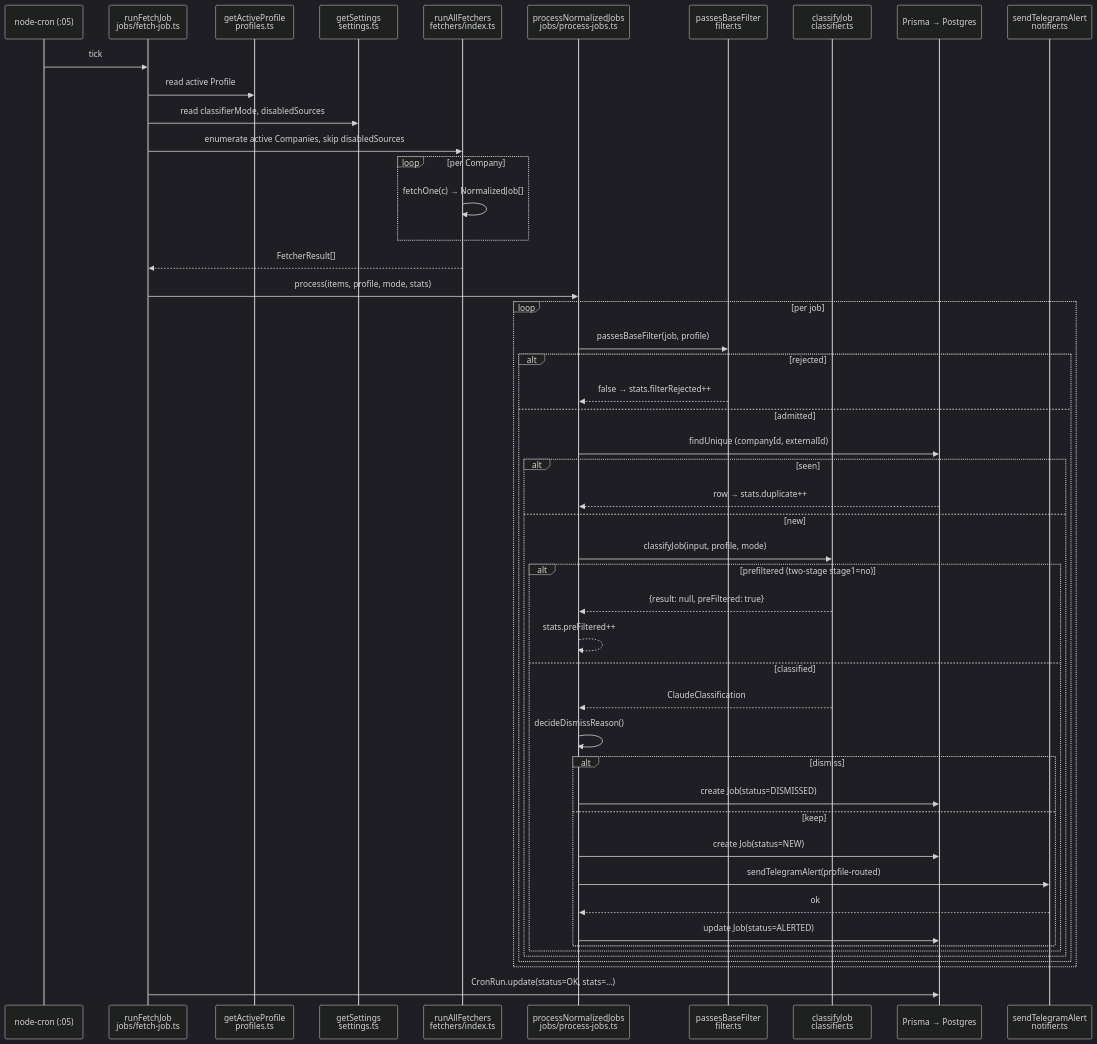
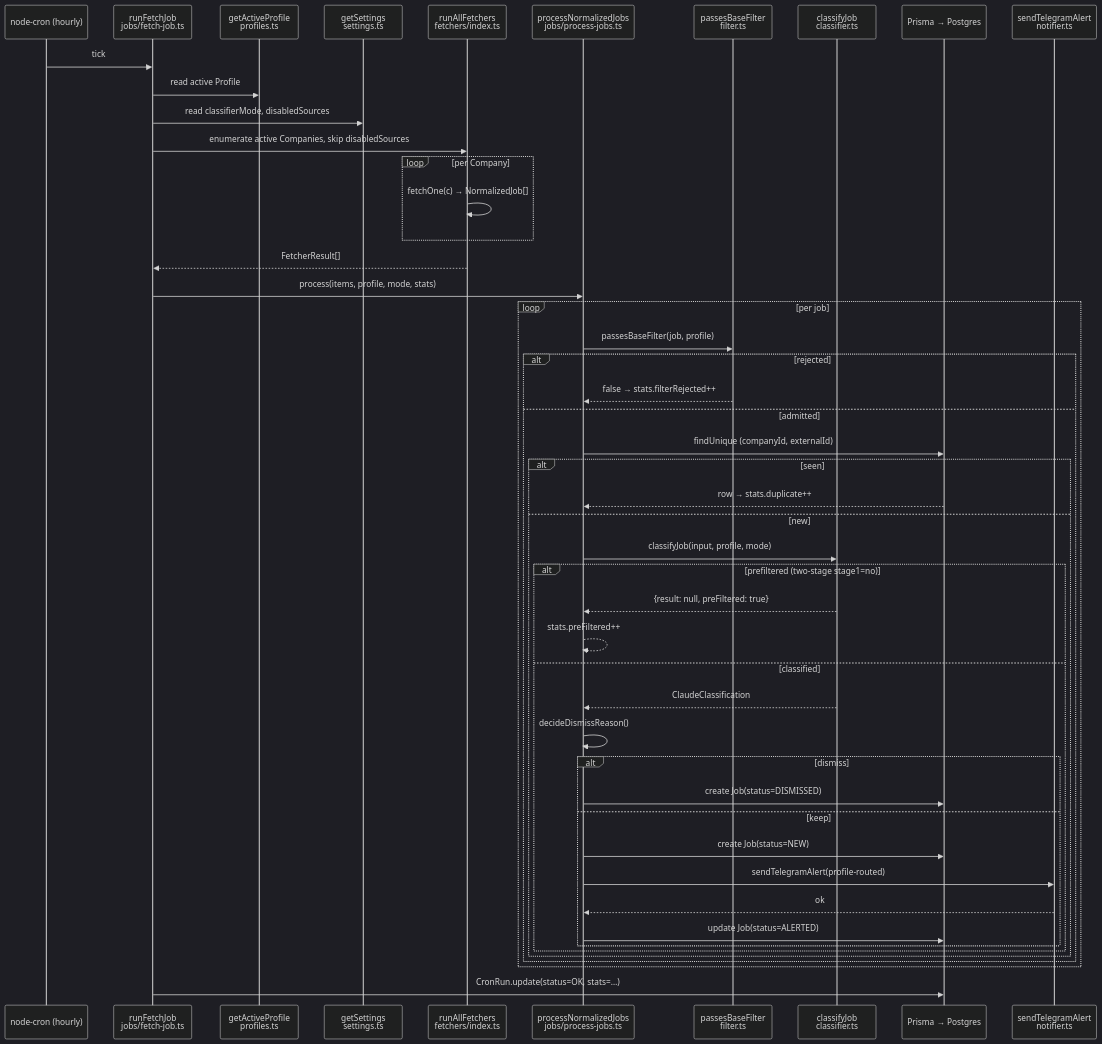
The second of 5 diagrams in ARCHITECTURE.md (applypack/applypack), drawn with Mermaid (dark theme) before and after one commit. The commit also changed other lines of this file and 3 other files, not shown here.

Commit message:
docs: SPEC and ARCHITECTURE schedules, file map, 1-in-857 measurement

````diff
--- a/ARCHITECTURE.md
+++ b/ARCHITECTURE.md
@@ -39,52 +40,52 @@
 ```mermaid
 sequenceDiagram
-  participant Cron as node-cron (:05)
+  participant Cron as node-cron (hourly)
   participant Job as runFetchJob<br/>jobs/fetch-job.ts
   participant Profile as getActiveProfile<br/>profiles.ts
   participant Settings as getSettings<br/>settings.ts
   participant Fetchers as runAllFetchers<br/>fetchers/index.ts
   participant Process as processNormalizedJobs<br/>jobs/process-jobs.ts
   participant Filter as passesBaseFilter<br/>filter.ts
   participant Claude as classifyJob<br/>classifier.ts
   participant DB as Prisma → Postgres
   participant TG as sendTelegramAlert<br/>notifier.ts
 
   Cron->>Job: tick
   Job->>Profile: read active Profile
   Job->>Settings: read classifierMode, disabledSources
   Job->>Fetchers: enumerate active Companies, skip disabledSources
   loop per Company
     Fetchers->>Fetchers: fetchOne(c) → NormalizedJob[]
   end
   Fetchers-->>Job: FetcherResult[]
   Job->>Process: process(items, profile, mode, stats)
   loop per job
     Process->>Filter: passesBaseFilter(job, profile)
     alt rejected
       Filter-->>Process: false → stats.filterRejected++
     else admitted
       Process->>DB: findUnique (companyId, externalId)
       alt seen
         DB-->>Process: row → stats.duplicate++
       else new
         Process->>Claude: classifyJob(input, profile, mode)
         alt prefiltered (two-stage stage1=no)
           Claude-->>Process: {result: null, preFiltered: true}
           Process-->>Process: stats.preFiltered++
         else classified
           Claude-->>Process: ClaudeClassification
           Process->>Process: decideDismissReason()
           alt dismiss
             Process->>DB: create Job(status=DISMISSED)
           else keep
             Process->>DB: create Job(status=NEW)
             Process->>TG: sendTelegramAlert(profile-routed)
             TG-->>Process: ok
             Process->>DB: update Job(status=ALERTED)
           end
         end
       end
     end
   end
   Job->>DB: CronRun.update(status=OK, stats=…)
 ```
````
